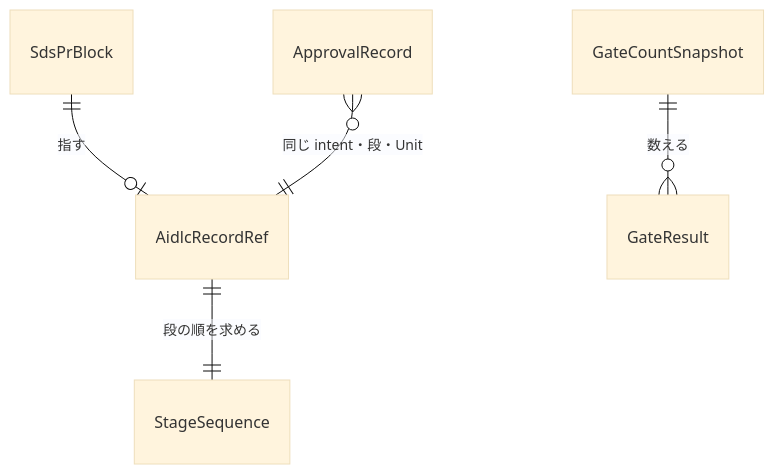
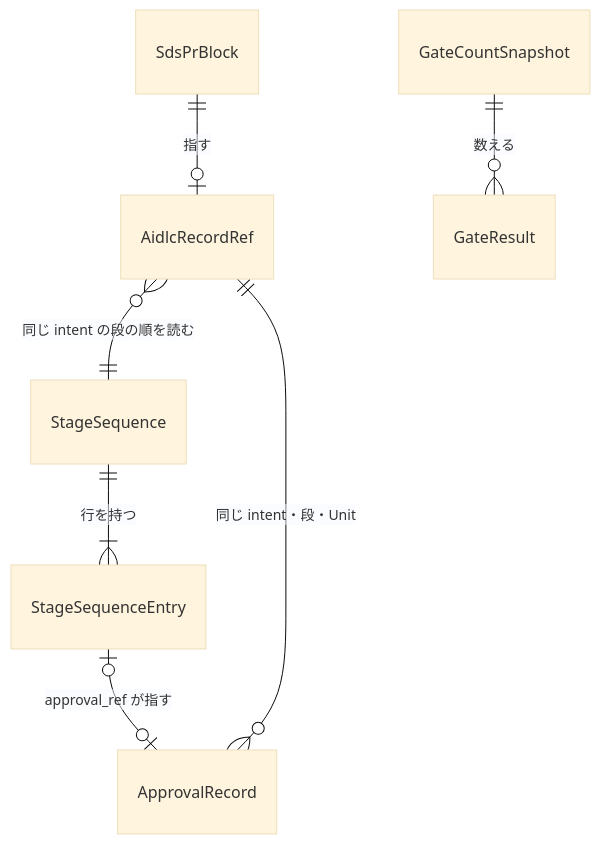
Before and after one commit to watchout/shirube: the diagram in aidlc/spaces/default/intents/261021-dev-speedup-automation/construction/u1-skeleton/functional-design/functional-spec.md, drawn with Mermaid (base theme). The commit also changed other lines of this file and 34 other files, not shown here.

````diff
--- a/aidlc/spaces/default/intents/261021-dev-speedup-automation/construction/u1-skeleton/functional-design/functional-spec.md
+++ b/aidlc/spaces/default/intents/261021-dev-speedup-automation/construction/u1-skeleton/functional-design/functional-spec.md
@@ -65,7 +104,9 @@
 ```mermaid
 erDiagram
   SdsPrBlock ||--o| AidlcRecordRef : "指す"
-  AidlcRecordRef ||--|| StageSequence : "段の順を求める"
+  AidlcRecordRef }o--|| StageSequence : "同じ intent の段の順を読む"
+  StageSequence ||--|{ StageSequenceEntry : "行を持つ"
+  StageSequenceEntry |o--o| ApprovalRecord : "approval_ref が指す"
   ApprovalRecord }o--|| AidlcRecordRef : "同じ intent・段・Unit"
   GateCountSnapshot ||--o{ GateResult : "数える"
 ```
````
